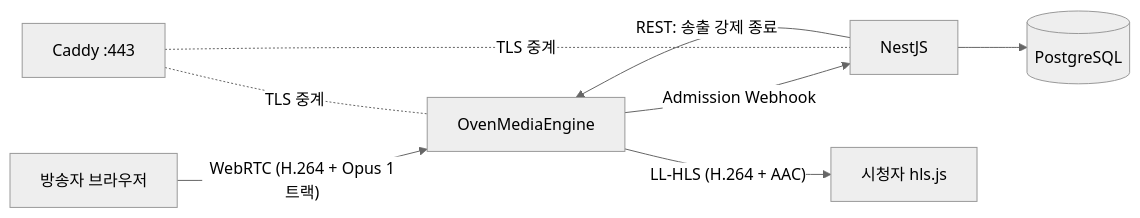
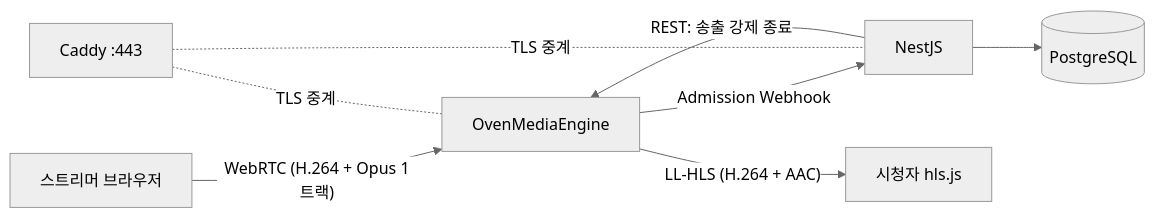
The first of 3 diagrams in docs/PRD.md (hyc7575/live-streaming-platform), drawn with Mermaid (neutral theme) before and after one commit. The commit also changed other lines of this file and 2 other files, not shown here.

First line of the commit message:
docs: 방송 소유자 용어를 "스트리머"로 통일

````diff
--- a/docs/PRD.md
+++ b/docs/PRD.md
@@ -120,10 +120,10 @@
 ```mermaid
 flowchart LR
-    P[방송자 브라우저] -- "WebRTC (H.264 + Opus 1트랙)" --> OME[OvenMediaEngine]
+    P[스트리머 브라우저] -- "WebRTC (H.264 + Opus 1트랙)" --> OME[OvenMediaEngine]
     OME -- "Admission Webhook" --> API[NestJS]
     API --> DB[(PostgreSQL)]
     OME -- "LL-HLS (H.264 + AAC)" --> V[시청자 hls.js]
     API -- "REST: 송출 강제 종료" --> OME
     C[Caddy :443] -.TLS 중계.- API
     C -.TLS 중계.- OME
 ```
````
